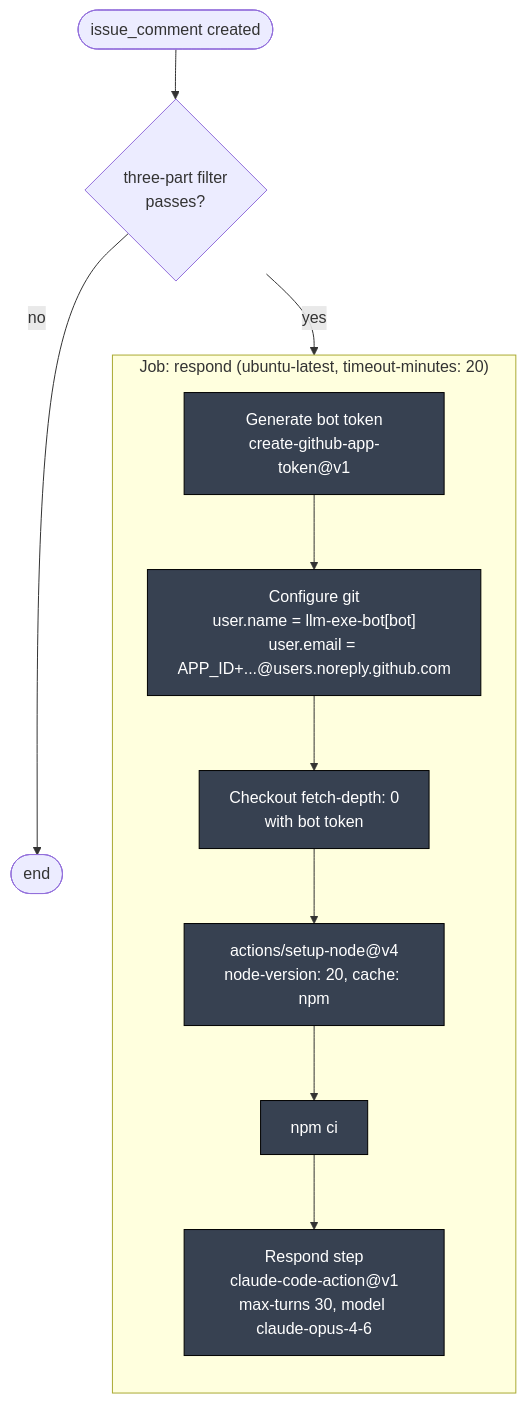
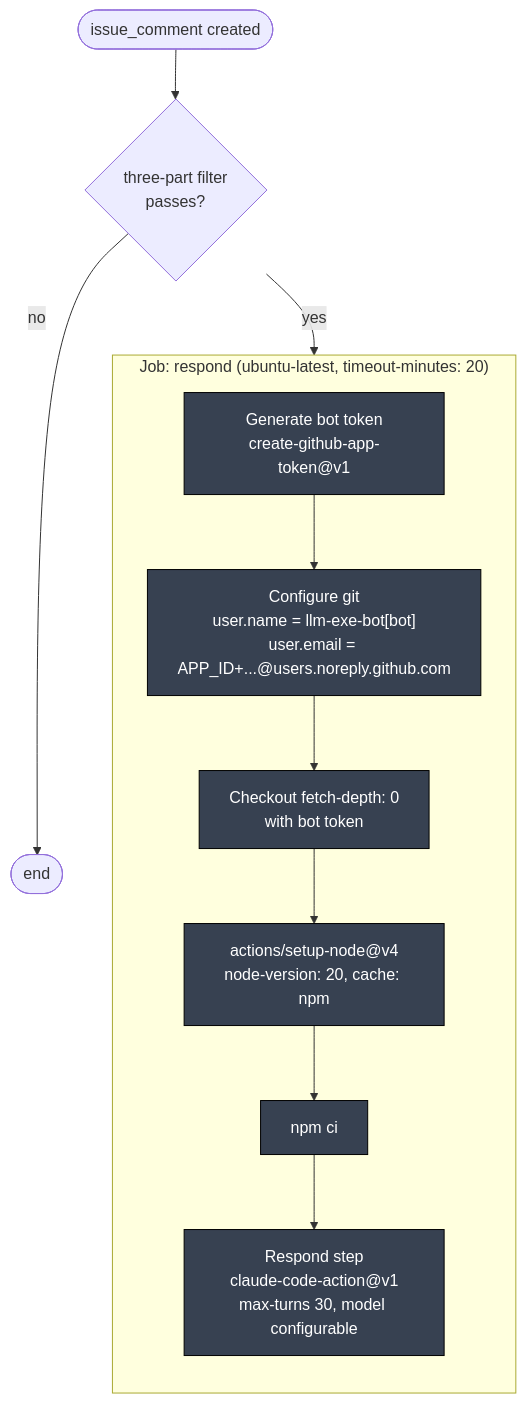
The third of 13 diagrams in .github/docs/BOT_RESPOND_DEEP_DIVE.md (gregreindel/llm-exe), drawn with Mermaid before and after one commit. The commit also changed other lines of this file and 7 other files, not shown here.

First line of the commit message:
docs: sync deep dives after configurable model variable change

````diff
--- a/.github/docs/BOT_RESPOND_DEEP_DIVE.md
+++ b/.github/docs/BOT_RESPOND_DEEP_DIVE.md
@@ -142,21 +142,21 @@
 ```mermaid
 flowchart TB
     classDef job fill:#1e3a8a,color:#fff,stroke:#000
     classDef step fill:#374151,color:#fff,stroke:#000
 
     start([issue_comment created])
     start --> filt{three-part filter\npasses?}
     filt -->|no| stop([end])
     filt -->|yes| J
 
     subgraph J["Job: respond (ubuntu-latest, timeout-minutes: 20)"]
         direction TB
         s1["Generate bot token\ncreate-github-app-token@v1"]:::step
         s2["Configure git\nuser.name = llm-exe-bot[bot]\nuser.email = APP_ID+...@users.noreply.github.com"]:::step
         s3["Checkout fetch-depth: 0\nwith bot token"]:::step
         s4["actions/setup-node@v4\nnode-version: 20, cache: npm"]:::step
         s5["npm ci"]:::step
-        s6["Respond step\nclaude-code-action@v1\nmax-turns 30, model claude-opus-4-6"]:::step
+        s6["Respond step\nclaude-code-action@v1\nmax-turns 30, model configurable"]:::step
         s1 --> s2 --> s3 --> s4 --> s5 --> s6
     end
 ```
````
